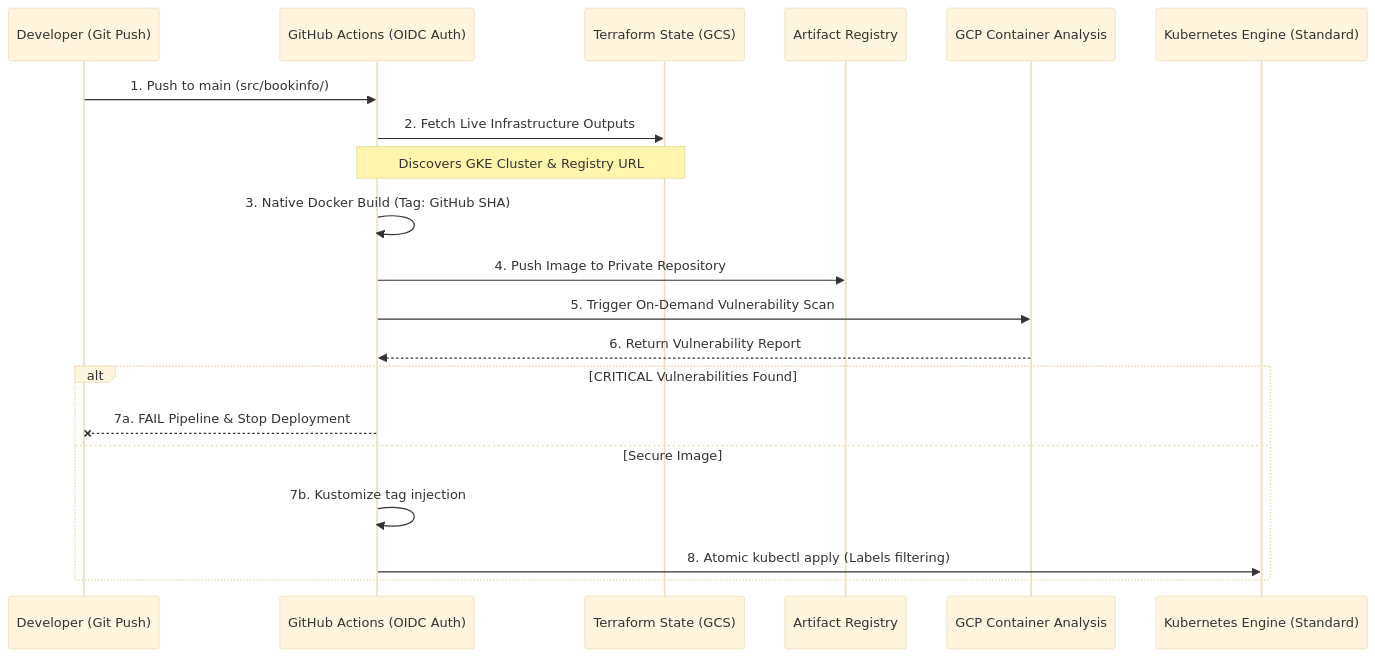
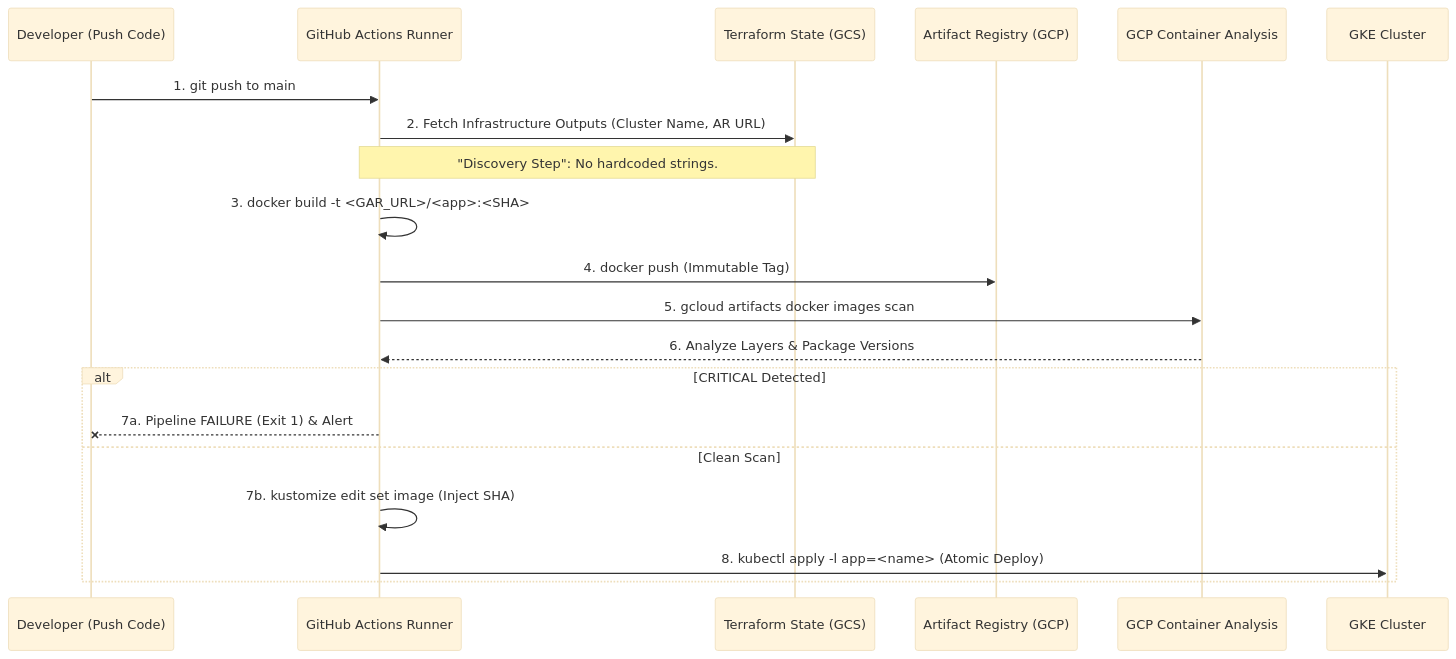
One commit to luisalclo/kubernetes-cicd changed the diagram in README.md. Above: the diagram before and after it, drawn with Mermaid (base theme). The commit also changed other lines of this file, not shown here.

````diff
--- a/README.md
+++ b/README.md
@@ -28,24 +85,24 @@
 ```mermaid
 sequenceDiagram
-    participant Developer as Developer (Git Push)
-    participant GH_Actions as GitHub Actions (OIDC Auth)
-    participant TF_State as Terraform State (GCS)
-    participant GAR as Artifact Registry
+    participant Dev as Developer (Push Code)
+    participant GHA as GitHub Actions Runner
+    participant TF as Terraform State (GCS)
+    participant AR as Artifact Registry (GCP)
     participant SCA as GCP Container Analysis
-    participant GKE as Kubernetes Engine (Standard)
+    participant GKE as GKE Cluster
 
-    Developer->>GH_Actions: 1. Push to main (src/bookinfo/)
-    GH_Actions->>TF_State: 2. Fetch Live Infrastructure Outputs
-    Note over GH_Actions,TF_State: Discovers GKE Cluster & Registry URL
-    GH_Actions->>GH_Actions: 3. Native Docker Build (Tag: GitHub SHA)
-    GH_Actions->>GAR: 4. Push Image to Private Repository
-    GH_Actions->>SCA: 5. Trigger On-Demand Vulnerability Scan
-    SCA-->>GH_Actions: 6. Return Vulnerability Report
+    Dev->>GHA: 1. git push to main
+    GHA->>TF: 2. Fetch Infrastructure Outputs (Cluster Name, AR URL)
+    Note over GHA,TF: "Discovery Step": No hardcoded strings.
+    GHA->>GHA: 3. docker build -t <GAR_URL>/<app>:<SHA>
+    GHA->>AR: 4. docker push (Immutable Tag)
+    GHA->>SCA: 5. gcloud artifacts docker images scan
+    SCA-->>GHA: 6. Analyze Layers & Package Versions
     
-    alt CRITICAL Vulnerabilities Found
-        GH_Actions--xDeveloper: 7a. FAIL Pipeline & Stop Deployment
-    else Secure Image
-        GH_Actions->>GH_Actions: 7b. Kustomize tag injection
-        GH_Actions->>GKE: 8. Atomic kubectl apply (Labels filtering)
+    alt CRITICAL Detected
+        GHA--xDev: 7a. Pipeline FAILURE (Exit 1) & Alert
+    else Clean Scan
+        GHA->>GHA: 7b. kustomize edit set image (Inject SHA)
+        GHA->>GKE: 8. kubectl apply -l app=<name> (Atomic Deploy)
     end
 ```
````
